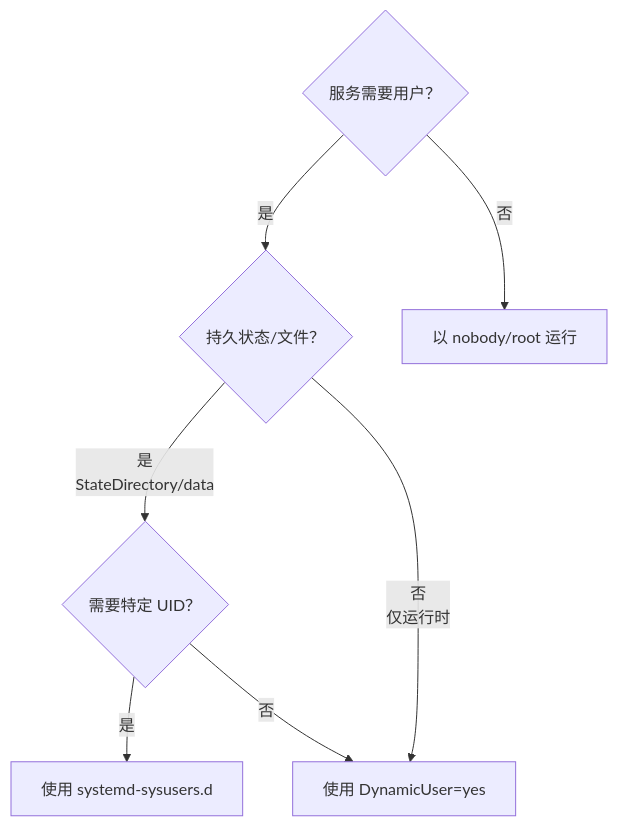
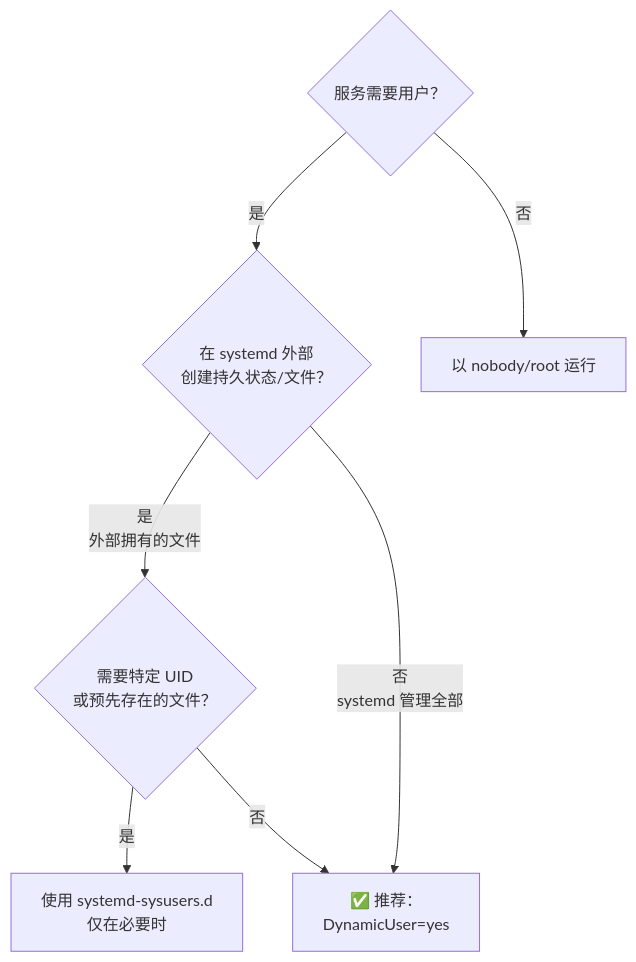
One commit to SteamedFish/dotfiles changed the second of 2 diagrams in .config/agents/skills/archlinux-pkgbuild/systemd-services/SKILL.zh-CN.md. Above: the diagram before and after it, drawn with Mermaid. The commit also changed other lines of this file and 1 other file, not shown here.

First line of the commit message:
skill(archlinux-pkgbuild/systemd-services): mandate service files for daemons and prefer DynamicUser

````diff
--- a/.config/agents/skills/archlinux-pkgbuild/systemd-services/SKILL.zh-CN.md
+++ b/.config/agents/skills/archlinux-pkgbuild/systemd-services/SKILL.zh-CN.md
@@ -46,16 +82,16 @@
 ```mermaid
 flowchart TD
     A{服务需要用户？}
-    B{持久状态/文件？}
-    C{需要特定 UID？}
-    D[使用 DynamicUser=yes]
-    E[使用 systemd-sysusers.d]
+    B{在 systemd 外部<br/>创建持久状态/文件？}
+    C{需要特定 UID<br/>或预先存在的文件？}
+    D[✅ 推荐：<br/>DynamicUser=yes]
+    E[使用 systemd-sysusers.d<br/>仅在必要时]
     F[以 nobody/root 运行]
     
     A -->|是| B
     A -->|否| F
-    B -->|是<br/>StateDirectory/data| C
-    B -->|否<br/>仅运行时| D
+    B -->|是<br/>外部拥有的文件| C
+    B -->|否<br/>systemd 管理全部| D
     C -->|是| E
     C -->|否| D
 ```
````
